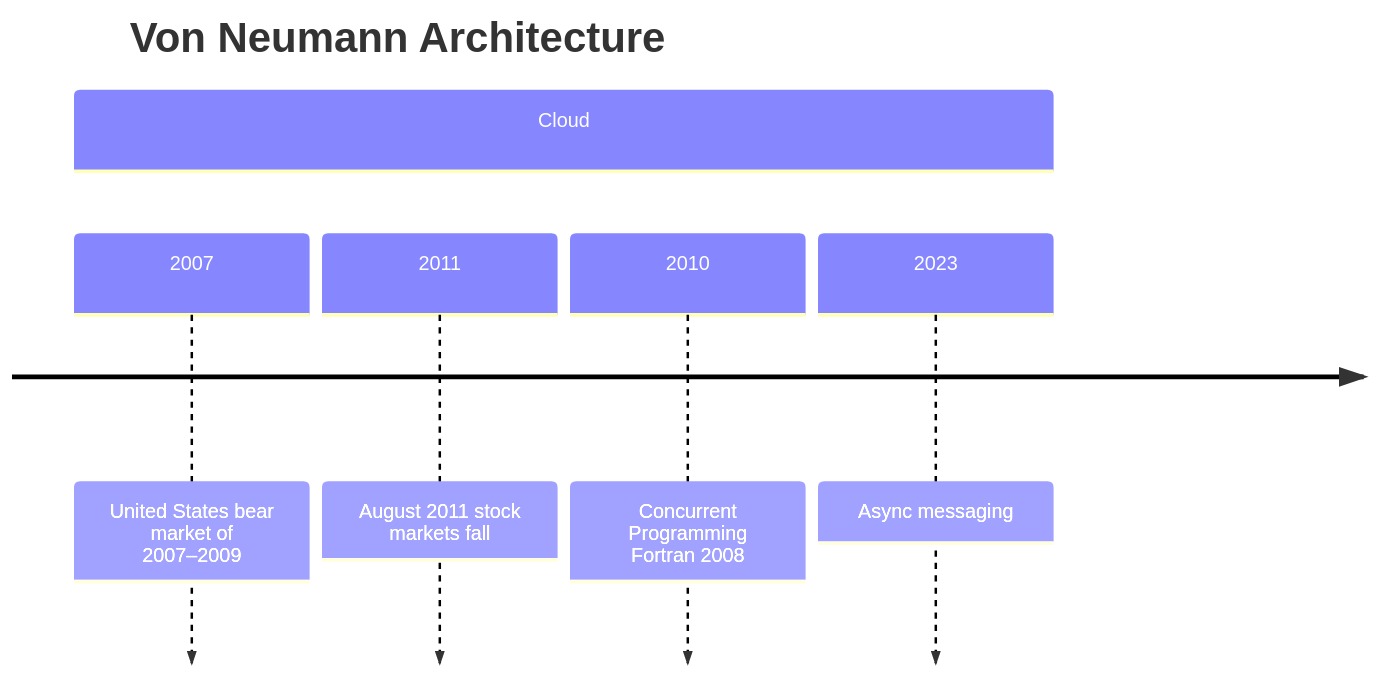
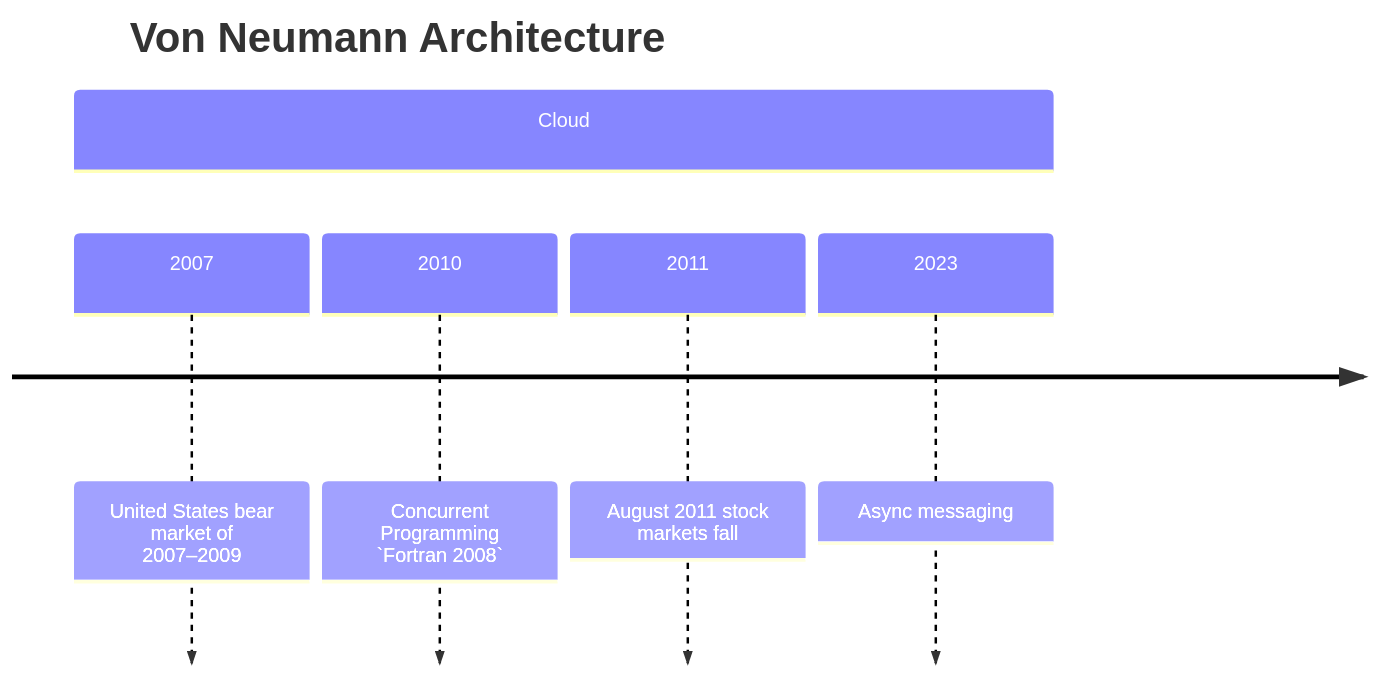
Before and after one commit to categoric-dev/reliability-engineering: the sixth of 6 diagrams in Writerside/topics/chronology.md, drawn with Mermaid. The commit also changed other lines of this file and 2 other files, not shown here.

Commit message:
Update Writerside content: enhance "Chronology" topic, refine Fortran/Cobol timeline formatting, add copyright to build profiles, and update license details.

````diff
--- a/Writerside/topics/chronology.md
+++ b/Writerside/topics/chronology.md
@@ -80,9 +79,9 @@
 ```mermaid
 timeline
 title Von Neumann Architecture
 section Cloud
   2007: United States bear market of 2007–2009
+  2010: Concurrent Programming `Fortran 2008`
   2011: August 2011 stock markets fall
-  2010: Concurrent Programming Fortran 2008
   2023: Async messaging
 ```
````
